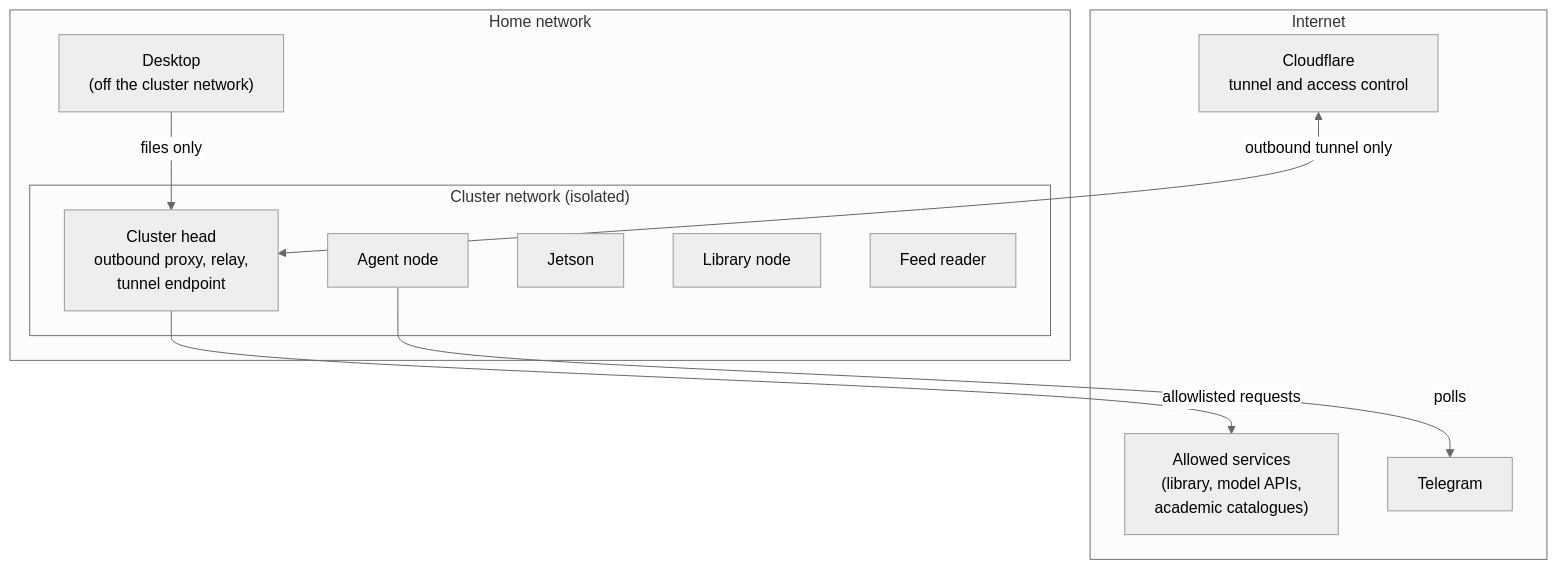
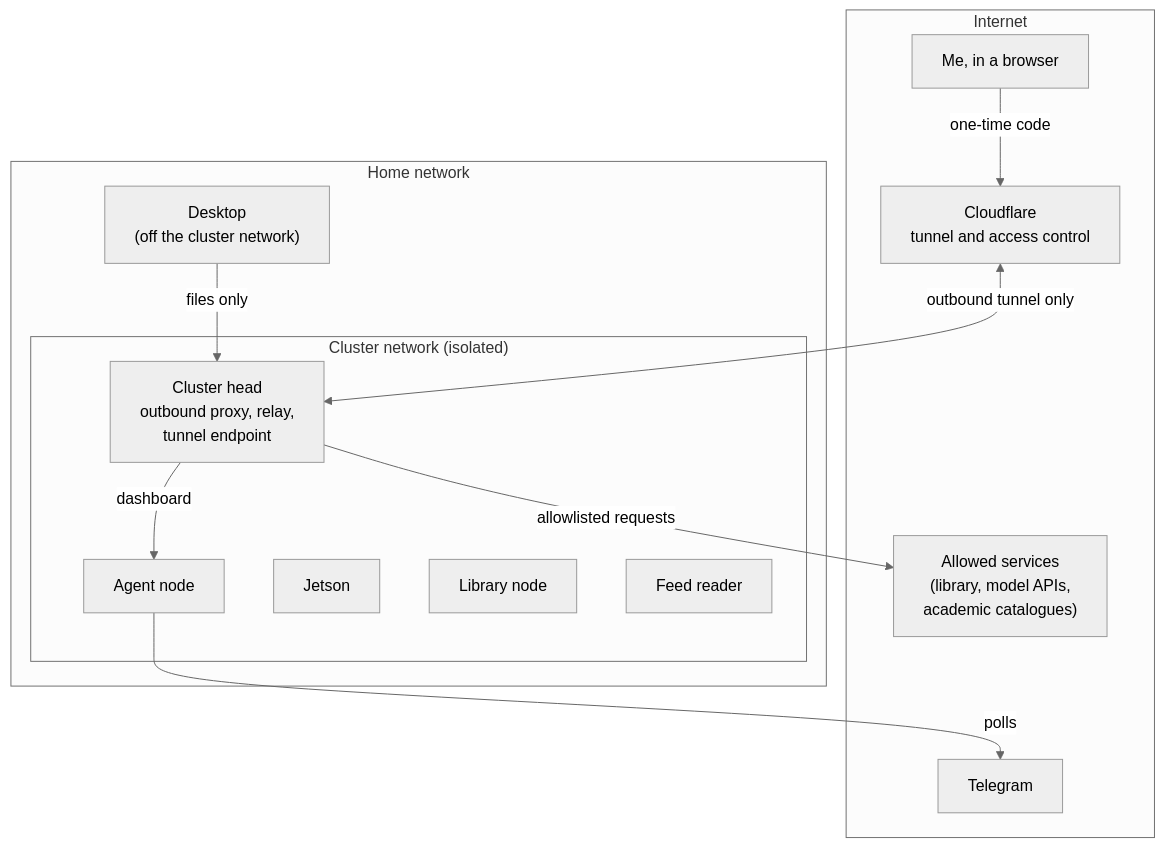
The diagram in docs/architecture.md (jamessmithies/the-mechanism-project), drawn with Mermaid (neutral theme) before and after one commit. The commit also changed other lines of this file and 1 other file, not shown here.

Commit message:
Name the components; the browser dashboard is the main interface; less AppArmor detail

````diff
--- a/docs/architecture.md
+++ b/docs/architecture.md
@@ -26,22 +26,25 @@
 ```mermaid
 flowchart TB
     subgraph Internet
         CF["Cloudflare<br/>tunnel and access control"]
         APIs["Allowed services<br/>(library, model APIs,<br/>academic catalogues)"]
         TG["Telegram"]
+        ME["Me, in a browser"]
     end
     subgraph Home["Home network"]
         DT["Desktop<br/>(off the cluster network)"]
         subgraph VLAN["Cluster network (isolated)"]
             HEAD["Cluster head<br/>outbound proxy, relay,<br/>tunnel endpoint"]
             AG["Agent node"]
             JET["Jetson"]
             LIB["Library node"]
             FEED["Feed reader"]
         end
     end
+    ME -->|"one-time code"| CF
     CF <-->|"outbound tunnel only"| HEAD
+    HEAD -->|"dashboard"| AG
     HEAD -->|"allowlisted requests"| APIs
     AG -->|"polls"| TG
     DT -->|"files only"| HEAD
 ```
````
